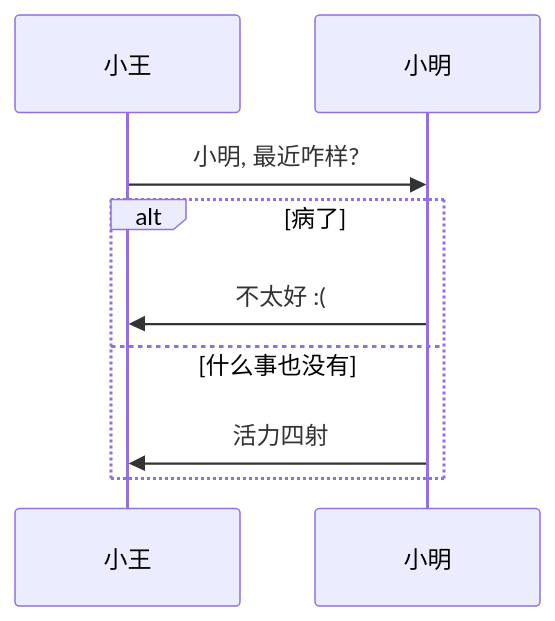
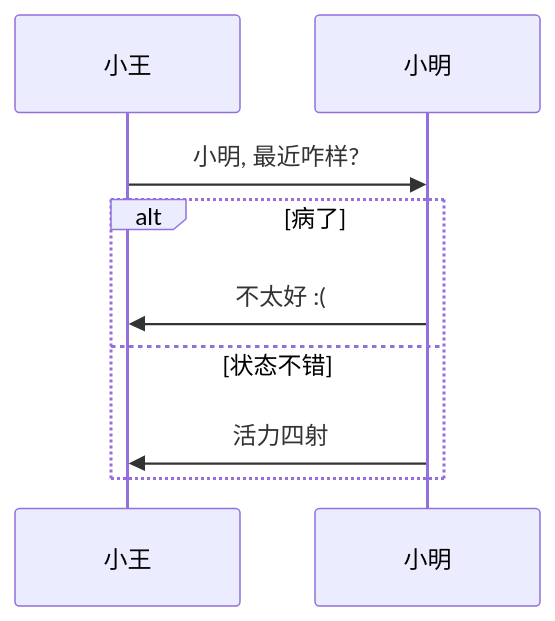
One commit to superAlibi/notes changed the diagram in notes/blogs/mermaid/demo/mermaid/sequence-alt.md. Above: the diagram before and after it, drawn with Mermaid. The commit also changed 4 other files, not shown here.

Commit message:
调整已有的图例词语

````diff
--- a/notes/blogs/mermaid/demo/mermaid/sequence-alt.md
+++ b/notes/blogs/mermaid/demo/mermaid/sequence-alt.md
@@ -3,10 +3,10 @@
 ```mermaid
 sequenceDiagram
     小王->>小明: 小明, 最近咋样?
     alt 病了
         小明->>小王: 不太好 :(
-    else 什么事也没有
+    else 状态不错
         小明->>小王: 活力四射
     end
    
 ```
````
